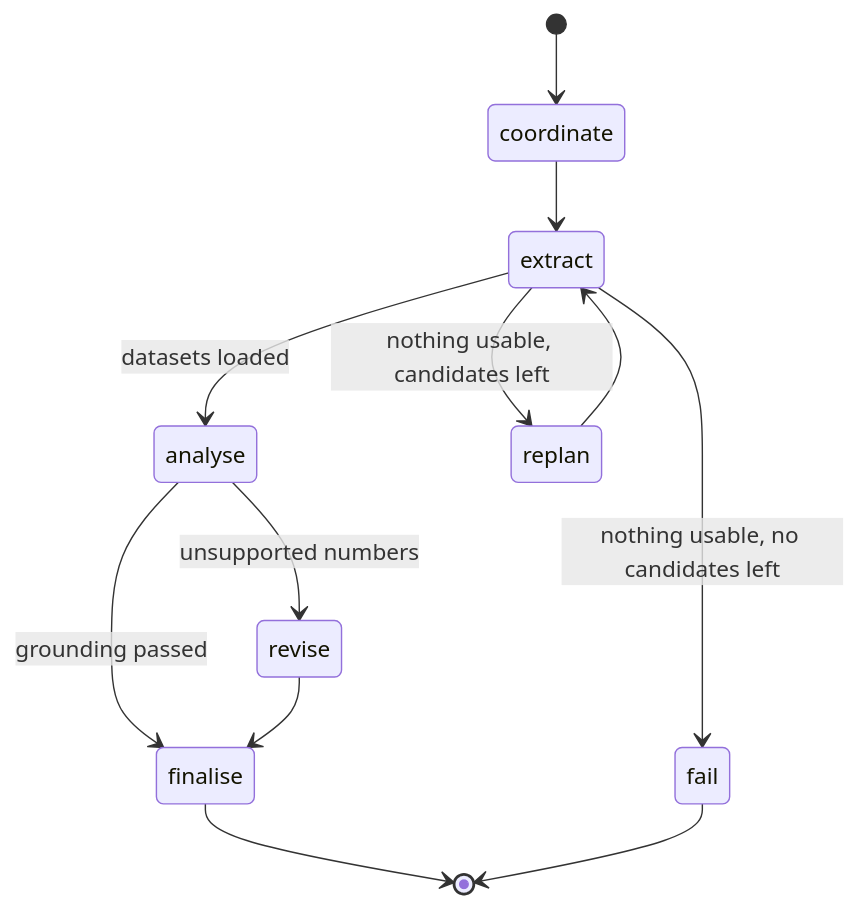
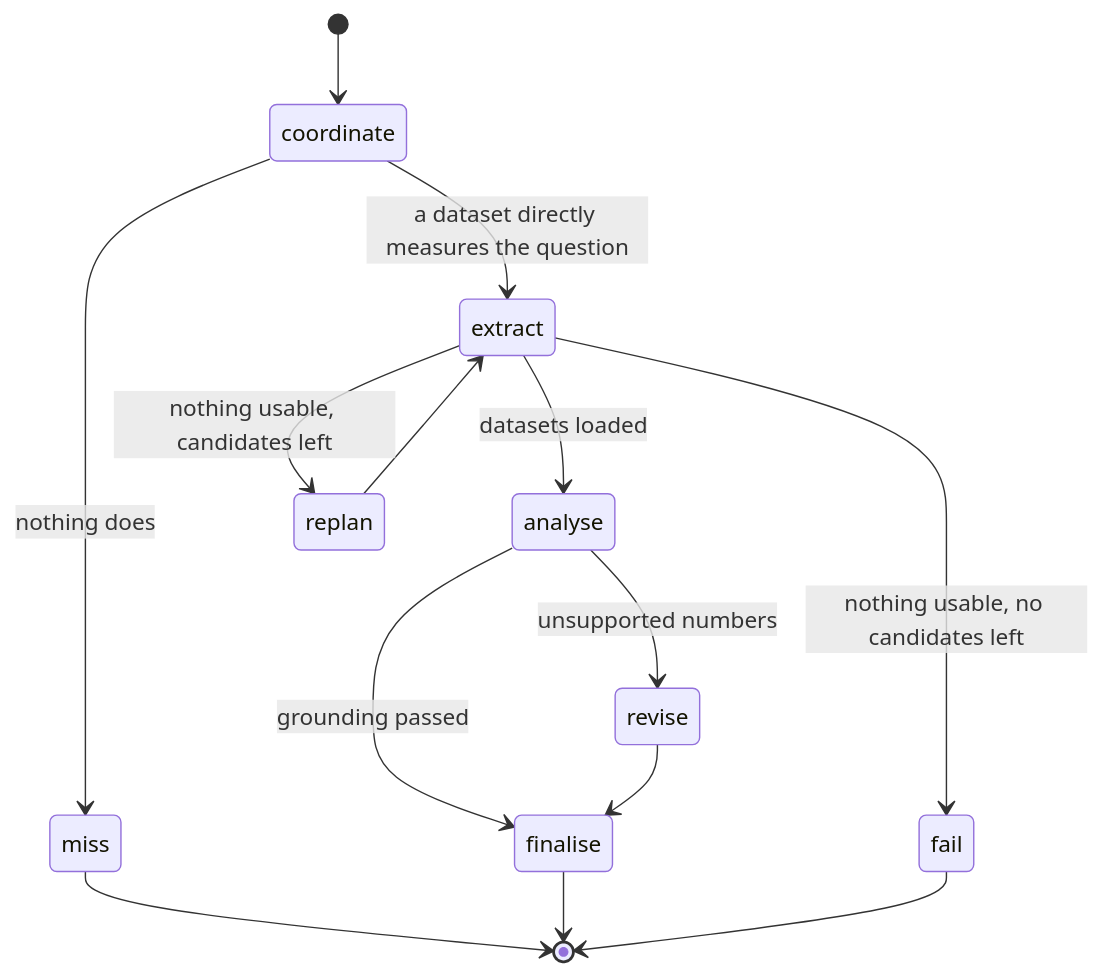
Before and after one commit to Suizer98/SgStats: the third of 3 diagrams in ARCHITECTURE.md, drawn with Mermaid. The commit also changed other lines of this file and 23 other files, not shown here.

````diff
--- a/ARCHITECTURE.md
+++ b/ARCHITECTURE.md
@@ -70,14 +70,16 @@
 ```mermaid
 stateDiagram-v2
     [*] --> coordinate
-    coordinate --> extract
+    coordinate --> extract: a dataset directly measures the question
+    coordinate --> miss: nothing does
+    miss --> [*]
     extract --> analyse: datasets loaded
     extract --> replan: nothing usable, candidates left
     extract --> fail: nothing usable, no candidates left
     replan --> extract
     analyse --> finalise: grounding passed
     analyse --> revise: unsupported numbers
     revise --> finalise
     finalise --> [*]
     fail --> [*]
 ```
````
